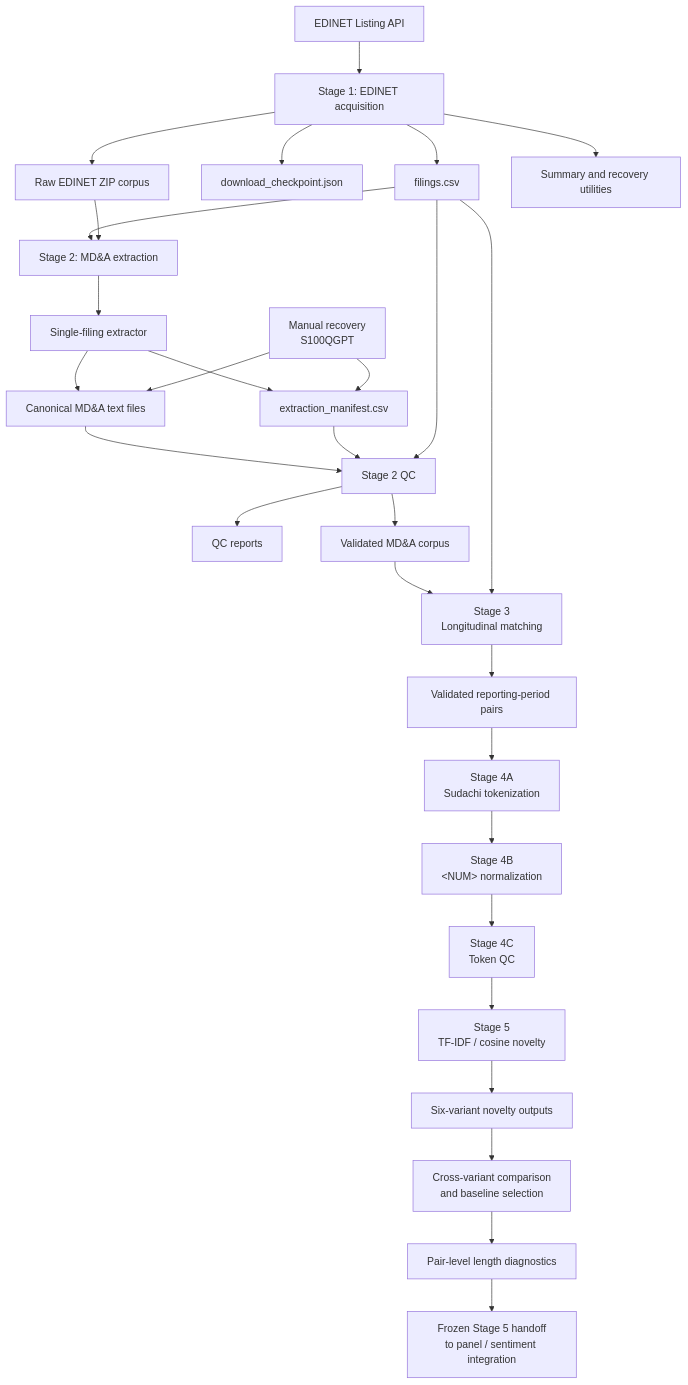
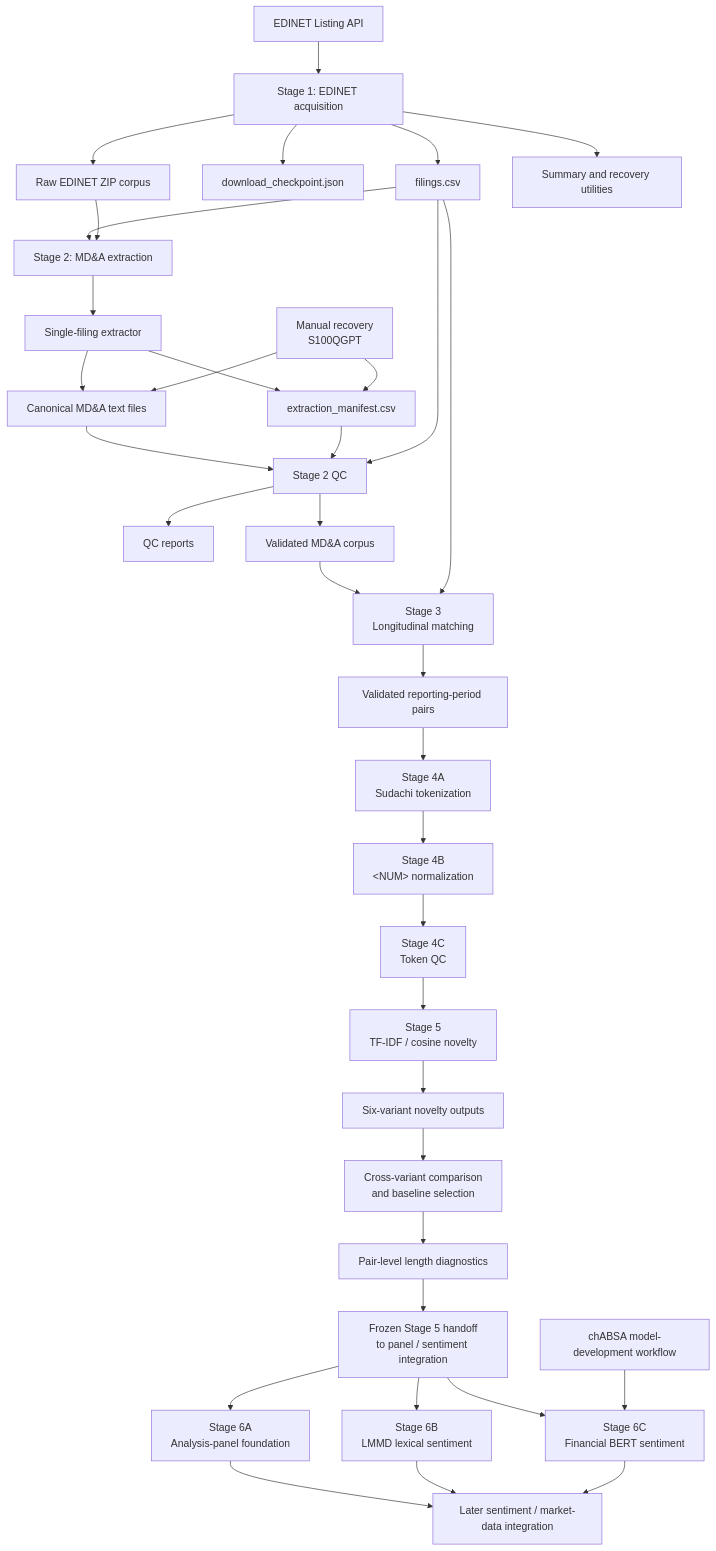
The first of 6 diagrams in docs/paper2/pipeline_overview.md (markblefevre/phd_research_pipeline), drawn with Mermaid before and after one commit. The commit also changed other lines of this file and 1 other file, not shown here.

Commit message:
docs(paper2): update Stage 6C status and pipeline overview

````diff
--- a/docs/paper2/pipeline_overview.md
+++ b/docs/paper2/pipeline_overview.md
@@ -22,39 +24,46 @@
-```mermaid
+``` mermaid
 flowchart TD
 
     A[EDINET Listing API] --> B[Stage 1: EDINET acquisition]
 
     B --> C[filings.csv]
     B --> D[download_checkpoint.json]
     B --> E[Raw EDINET ZIP corpus]
     B --> F[Summary and recovery utilities]
 
     C --> G[Stage 2: MD&A extraction]
     E --> G
 
     G --> H[Single-filing extractor]
     H --> I[Canonical MD&A text files]
     H --> J[extraction_manifest.csv]
 
     I --> K[Stage 2 QC]
     J --> K
     C --> K
 
     K --> L[QC reports]
     K --> M[Validated MD&A corpus]
 
     N[Manual recovery<br/>S100QGPT] --> I
     N --> J
 
     M --> O[Stage 3<br/>Longitudinal matching]
     C --> O
     O --> P[Validated reporting-period pairs]
     P --> Q[Stage 4A<br/>Sudachi tokenization]
     Q --> R[Stage 4B<br/>&lt;NUM&gt; normalization]
     R --> S[Stage 4C<br/>Token QC]
     S --> T[Stage 5<br/>TF-IDF / cosine novelty]
     T --> U[Six-variant novelty outputs]
     U --> V[Cross-variant comparison<br/>and baseline selection]
     V --> W[Pair-level length diagnostics]
     W --> X[Frozen Stage 5 handoff<br/>to panel / sentiment integration]
+    X --> Y[Stage 6A<br/>Analysis-panel foundation]
+    X --> Z[Stage 6B<br/>LMMD lexical sentiment]
+    X --> AA[Stage 6C<br/>Financial BERT sentiment]
+    AB[chABSA model-development workflow] --> AA
+    Y --> AC[Later sentiment / market-data integration]
+    Z --> AC
+    AA --> AC
 ```
````
